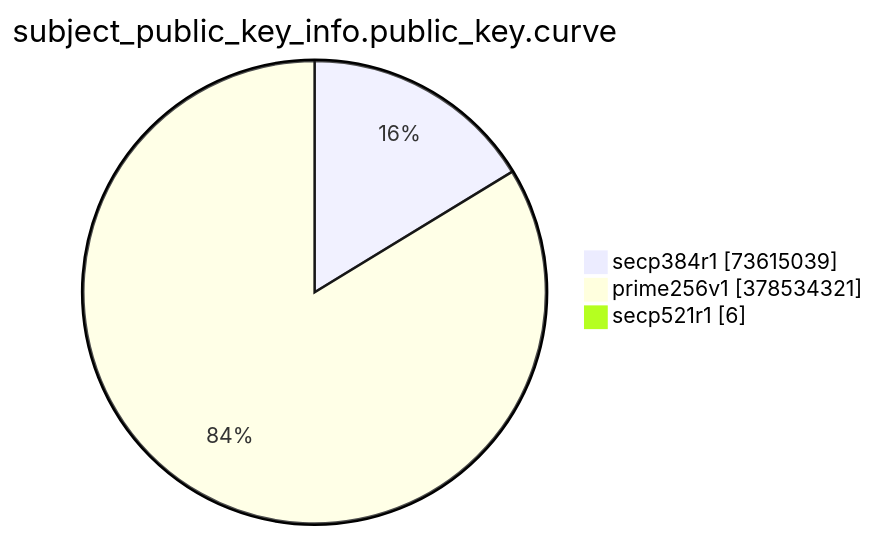
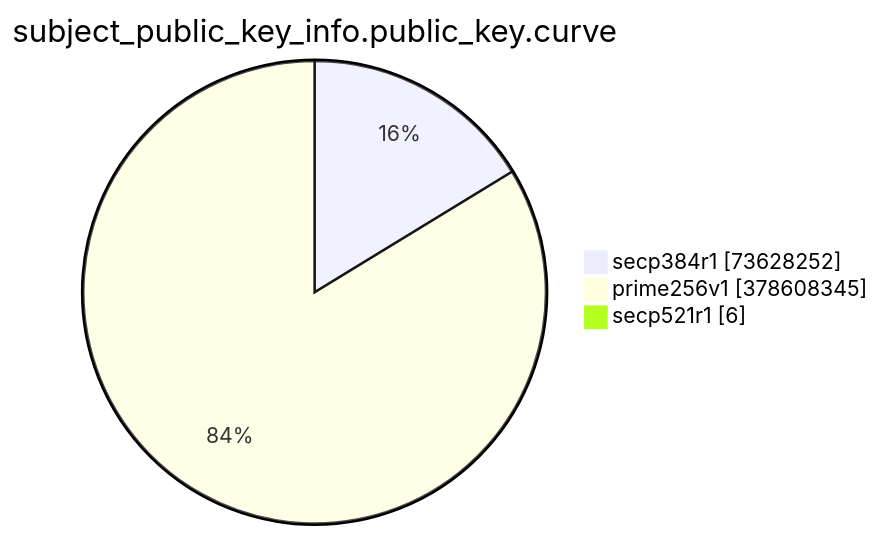
One commit to christiankrug/ctmonitor_visualization changed the eighth of 15 diagrams in TOTAL/README.md. Above: the diagram before and after it, drawn with Mermaid. The commit also changed other lines of this file, not shown here.

````diff
--- a/TOTAL/README.md
+++ b/TOTAL/README.md
@@ -3094,7 +3094,7 @@
 ```mermaid
 pie showData
 title subject_public_key_info.public_key.curve
-"secp384r1" :73615039
-"prime256v1" :378534321
+"secp384r1" :73628252
+"prime256v1" :378608345
 "secp521r1" :6
 ```
````
